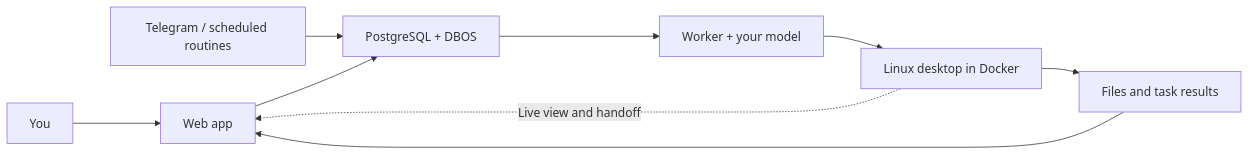
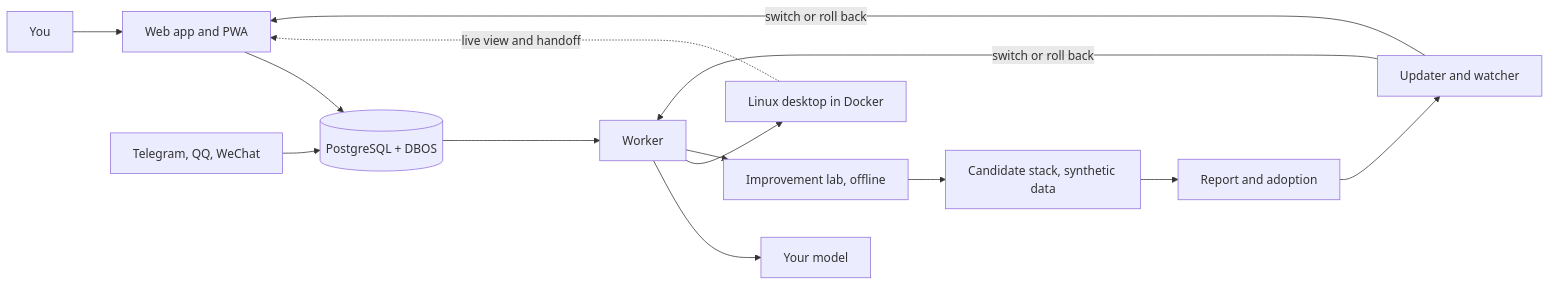
Before and after one commit to wudilyy999/owndesk: the second of 3 diagrams in README.md, drawn with Mermaid. The commit also changed other lines of this file and 7 other files, not shown here.

Commit message:
Rewrite README and add roadmap [skip ci]

````diff
--- a/README.md
+++ b/README.md
@@ -168,11 +216,16 @@
 ```mermaid
 flowchart LR
-    U[You] --> W[Web app]
-    T[Telegram / scheduled routines] --> Q
-    W --> Q[PostgreSQL + DBOS]
-    Q --> A[Worker + your model]
-    A --> D[Linux desktop in Docker]
-    D --> F[Files and task results]
-    D -. Live view and handoff .-> W
-    F --> W
+    U[You] --> W[Web app and PWA]
+    CH[Telegram, QQ, WeChat] --> Q
+    W --> Q[(PostgreSQL + DBOS)]
+    Q --> K[Worker]
+    K --> M[Your model]
+    K --> D[Linux desktop in Docker]
+    D -. live view and handoff .-> W
+    K --> L[Improvement lab, offline]
+    L --> S[Candidate stack, synthetic data]
+    S --> R[Report and adoption]
+    R --> UP[Updater and watcher]
+    UP -->|switch or roll back| W
+    UP -->|switch or roll back| K
 ```
````
